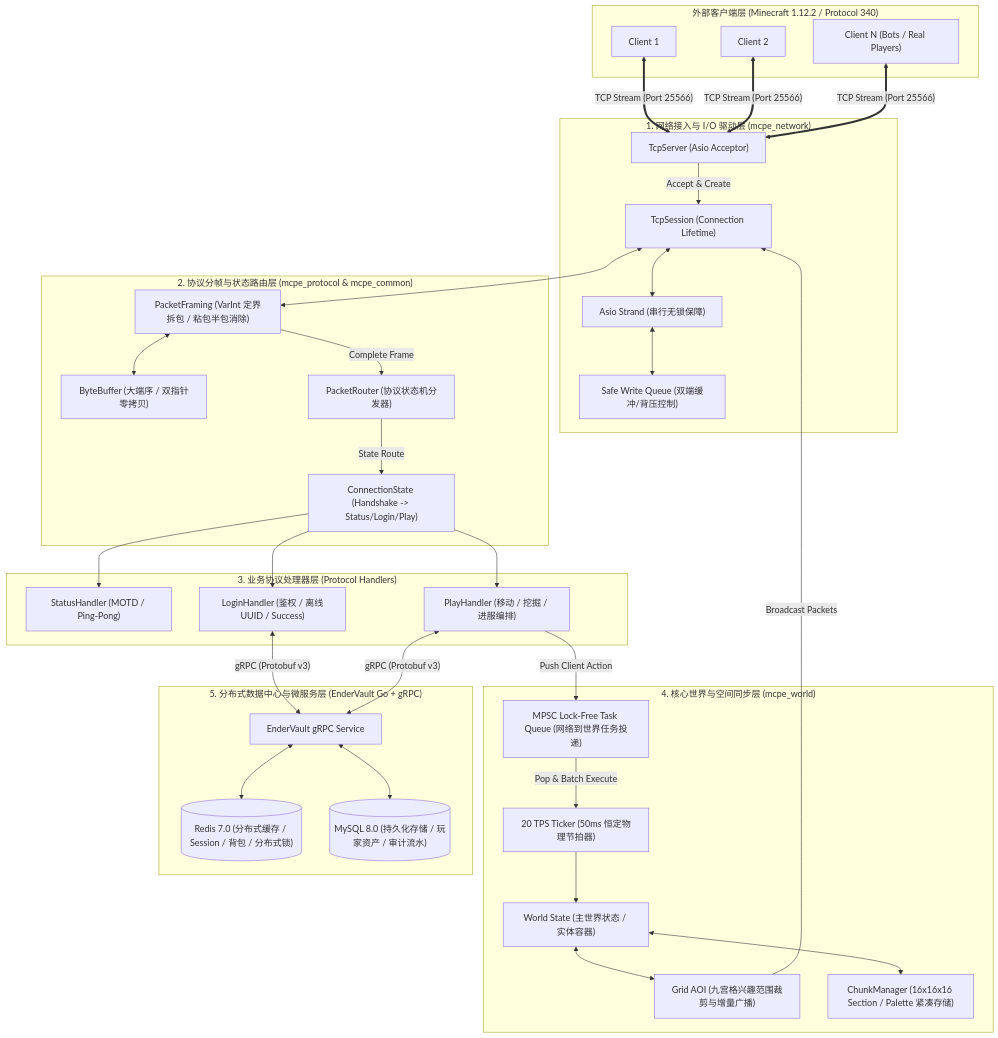
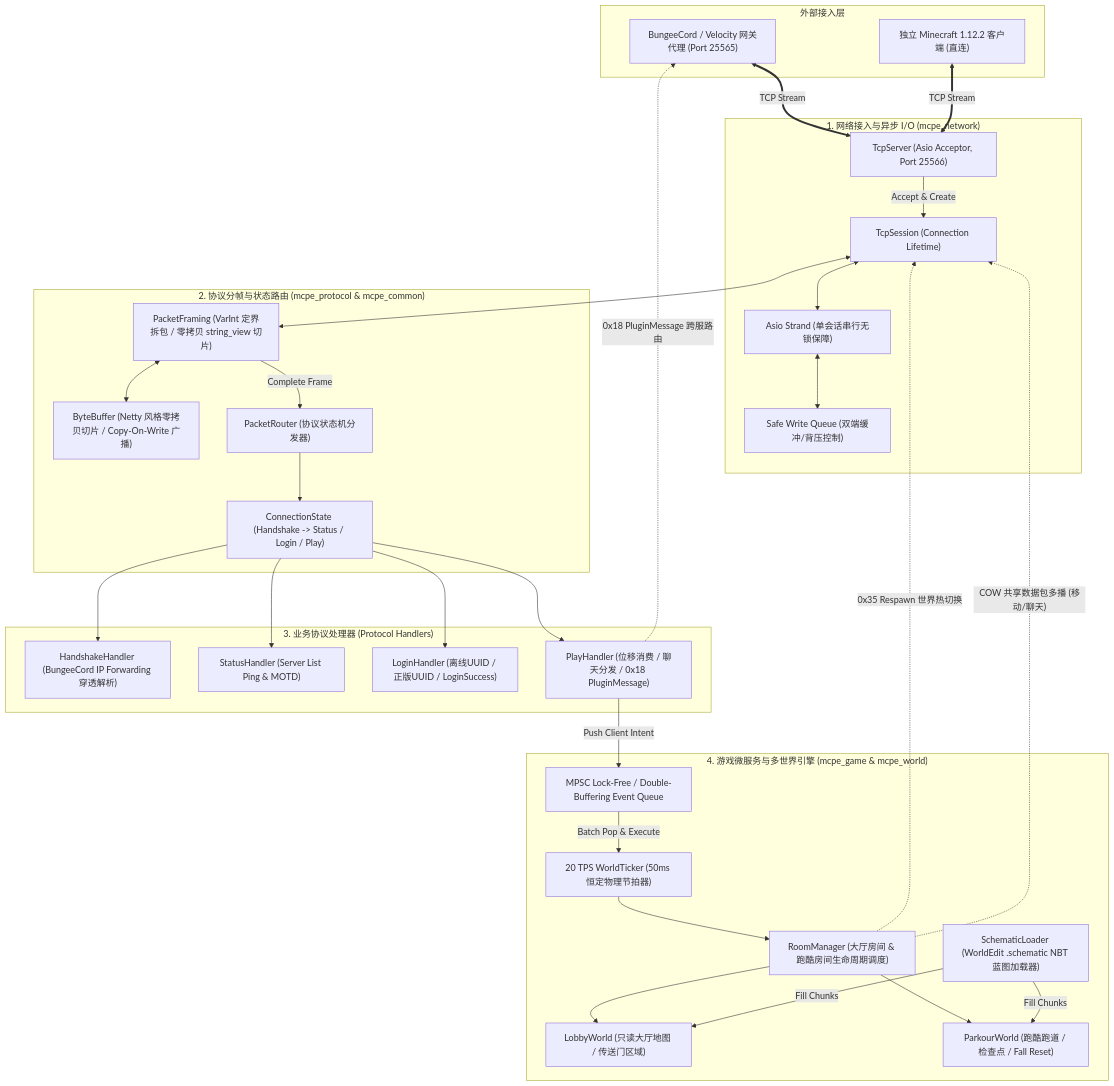
One commit to syuany/mcpe changed the diagram in doc/02_技术选型与系统架构设计.md. Above: the diagram before and after it, drawn with Mermaid. The commit also changed other lines of this file and 11 other files, not shown here.

````diff
--- a/doc/02_技术选型与系统架构设计.md
+++ b/doc/02_技术选型与系统架构设计.md
@@ -14,64 +14,58 @@
 ```mermaid
 flowchart TD
-    subgraph ClientLayer ["外部客户端层 (Minecraft 1.12.2 / Protocol 340)"]
-        C1["Client 1"]
-        C2["Client 2"]
-        CN["Client N (Bots / Real Players)"]
+    subgraph ClientLayer ["外部接入层"]
+        PROXY["BungeeCord / Velocity 网关代理 (Port 25565)"]
+        CLIENT["独立 Minecraft 1.12.2 客户端 (直连)"]
     end
 
-    subgraph NetworkLayer ["1. 网络接入与 I/O 驱动层 (mcpe_network)"]
-        TS["TcpServer (Asio Acceptor)"]
+    subgraph NetworkLayer ["1. 网络接入与异步 I/O (mcpe_network)"]
+        TS["TcpServer (Asio Acceptor, Port 25566)"]
         SESS["TcpSession (Connection Lifetime)"]
-        STRAND["Asio Strand (串行无锁保障)"]
+        STRAND["Asio Strand (单会话串行无锁保障)"]
         WQ["Safe Write Queue (双端缓冲/背压控制)"]
     end
 
-    subgraph FramingLayer ["2. 协议分帧与状态路由层 (mcpe_protocol & mcpe_common)"]
-        PF["PacketFraming (VarInt 定界拆包 / 粘包半包消除)"]
-        BB["ByteBuffer (大端序 / 双指针零拷贝)"]
+    subgraph FramingLayer ["2. 协议分帧与状态路由 (mcpe_protocol & mcpe_common)"]
+        PF["PacketFraming (VarInt 定界拆包 / 零拷贝 string_view 切片)"]
+        BB["ByteBuffer (Netty 风格零拷贝切片 / Copy-On-Write 广播)"]
         PR["PacketRouter (协议状态机分发器)"]
-        CS["ConnectionState (Handshake -> Status/Login/Play)"]
+        CS["ConnectionState (Handshake -> Status / Login / Play)"]
     end
 
-    subgraph LogicLayer ["3. 业务协议处理器层 (Protocol Handlers)"]
-        SH["StatusHandler (MOTD / Ping-Pong)"]
-        LH["LoginHandler (鉴权 / 离线UUID / Success)"]
-        PH["PlayHandler (移动 / 挖掘 / 进服编排)"]
+    subgraph HandlerLayer ["3. 业务协议处理器 (Protocol Handlers)"]
+        HH["HandshakeHandler (BungeeCord IP Forwarding 穿透解析)"]
+        SH["StatusHandler (Server List Ping & MOTD)"]
+        LH["LoginHandler (离线UUID / 正版UUID / LoginSuccess)"]
+        PH["PlayHandler (位移消费 / 聊天分发 / 0x18 PluginMessage)"]
     end
 
-    subgraph WorldEngine ["4. 核心世界与空间同步层 (mcpe_world)"]
-        MPSC["MPSC Lock-Free Task Queue (网络到世界任务投递)"]
-        TICK["20 TPS Ticker (50ms 恒定物理节拍器)"]
-        WLD["World State (主世界状态 / 实体容器)"]
-        AOI["Grid AOI (九宫格兴趣范围裁剪与增量广播)"]
-        CHUNK["ChunkManager (16x16x16 Section / Palette 紧凑存储)"]
+    subgraph GameEngine ["4. 游戏微服务与多世界引擎 (mcpe_game & mcpe_world)"]
+        MPSC["MPSC Lock-Free / Double-Buffering Event Queue"]
+        TICK["20 TPS WorldTicker (50ms 恒定物理节拍器)"]
+        RM["RoomManager (大厅房间 & 跑酷房间生命周期调度)"]
+        SCHEM["SchematicLoader (WorldEdit .schematic NBT 蓝图加载器)"]
+        LOBBY_WLD["LobbyWorld (只读大厅地图 / 传送门区域)"]
+        PARKOUR_WLD["ParkourWorld (跑酷跑道 / 检查点 / Fall Reset)"]
     end
 
-    subgraph DataCenter ["5. 分布式数据中心与微服务层 (EnderVault Go + gRPC)"]
-        GRPC["EnderVault gRPC Service"]
-        REDIS[("Redis 7.0 (分布式缓存 / Session / 背包 / 分布式锁)")]
-        MYSQL[("MySQL 8.0 (持久化存储 / 玩家资产 / 审计流水)")]
-    end
-
-    %% 连接关系
-    C1 & C2 & CN <==>|"TCP Stream (Port 25566)"| TS
+    %% 数据流走向
+    PROXY & CLIENT <==>|"TCP Stream"| TS
     TS -->|"Accept & Create"| SESS
     SESS <--> STRAND
     STRAND <--> WQ
     SESS <--> PF
     PF <--> BB
     PF -->|"Complete Frame"| PR
-    PR -->|"State Route"| CS
-    CS --> SH & LH & PH
+    PR --> CS
+    CS --> HH & SH & LH & PH
 
-    PH -->|"Push Client Action"| MPSC
-    MPSC -->|"Pop & Batch Execute"| TICK
-    TICK --> WLD
-    WLD <--> AOI
-    WLD <--> CHUNK
-    AOI -->|"Broadcast Packets"| SESS
+    PH -->|"Push Client Intent"| MPSC
+    MPSC -->|"Batch Pop & Execute"| TICK
+    TICK --> RM
+    RM --> LOBBY_WLD & PARKOUR_WLD
+    SCHEM -->|"Fill Chunks"| LOBBY_WLD & PARKOUR_WLD
 
-    LH & PH <-->|"gRPC (Protobuf v3)"| GRPC
-    GRPC <--> REDIS
-    GRPC <--> MYSQL
+    RM -.->|"0x35 Respawn 世界热切换"| SESS
+    RM -.->|"COW 共享数据包多播 (移动/聊天)"| SESS
+    PH -.->|"0x18 PluginMessage 跨服路由"| PROXY
 ```
````
